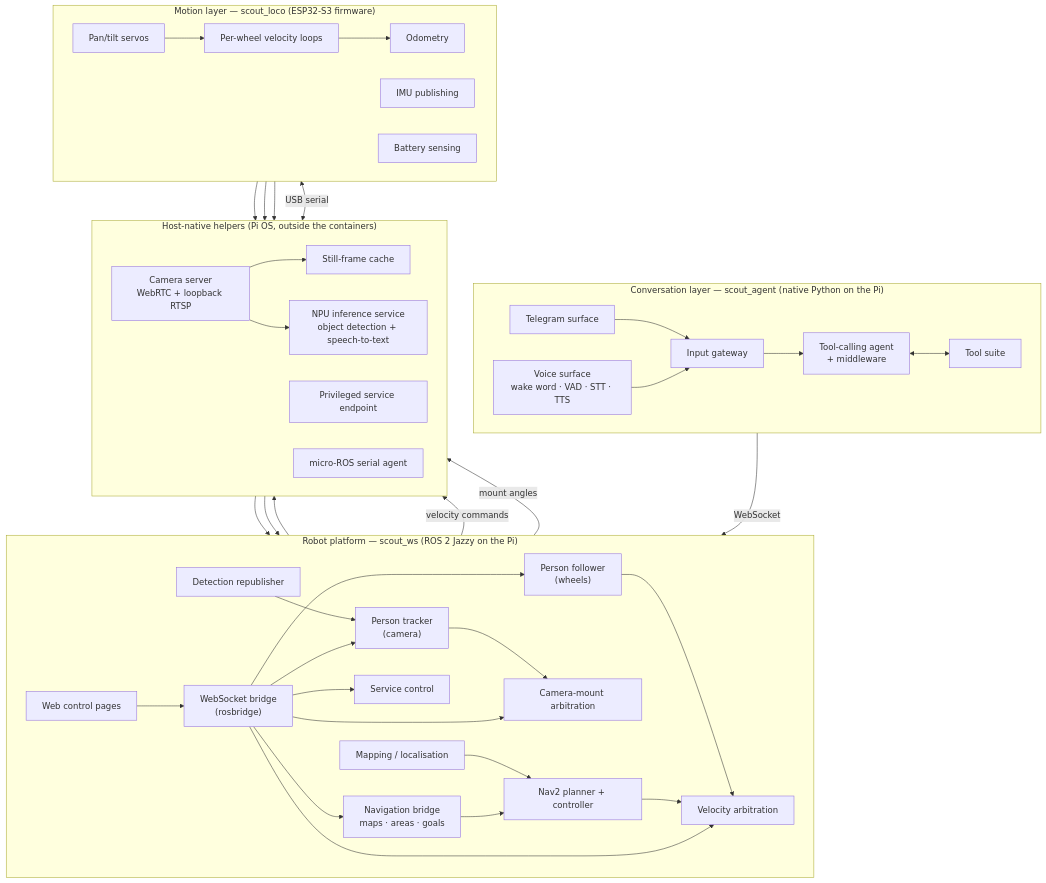
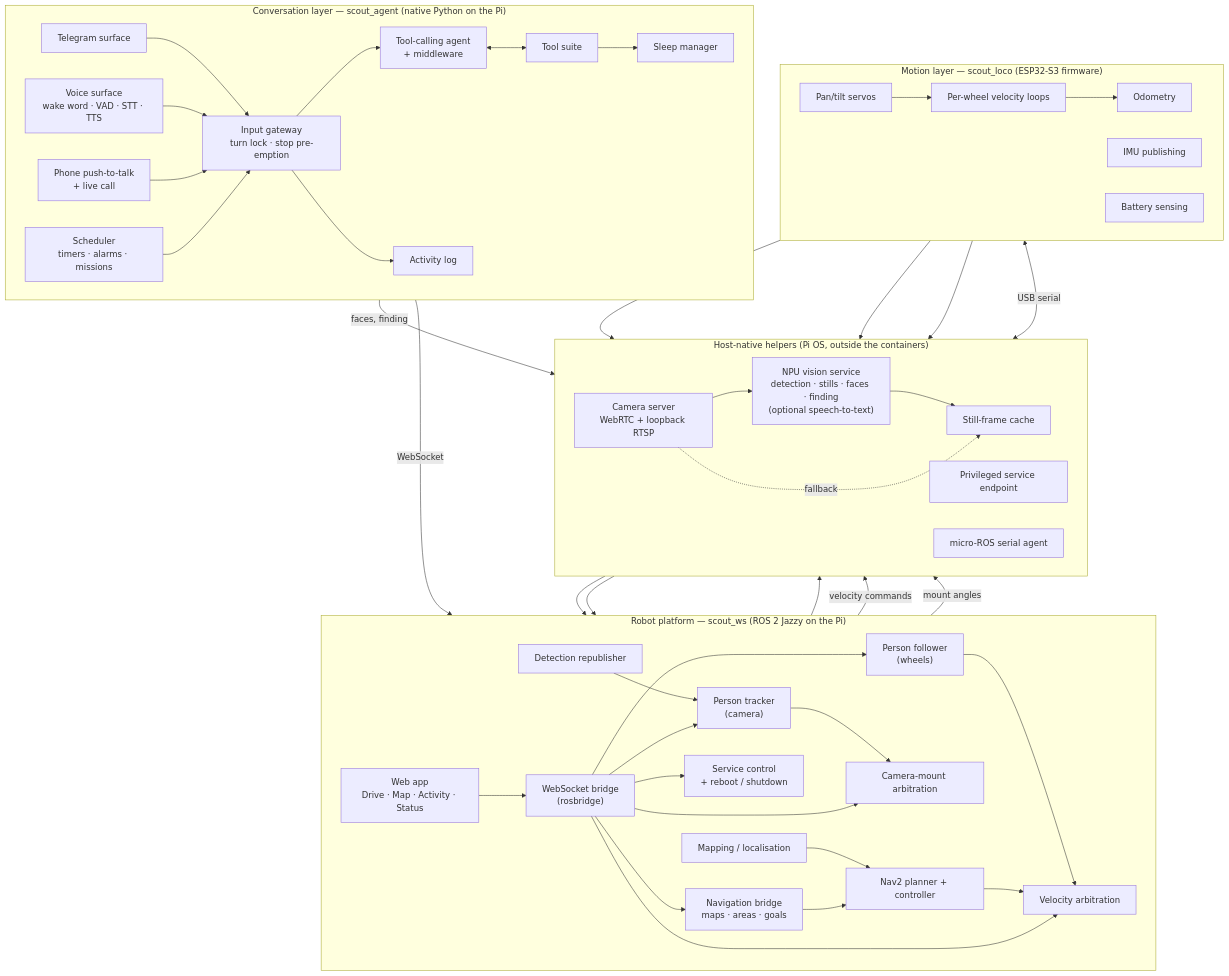
The first of 2 diagrams in docs/01-architecture.md (Xmindz/scout_docs), drawn with Mermaid before and after one commit. The commit also changed other lines of this file and 16 other files, not shown here.

```diff
--- a/docs/01-architecture.md
+++ b/docs/01-architecture.md
@@ -18,13 +18,21 @@
         direction LR
         TGB["Telegram surface"]
         VOICE["Voice surface\nwake word · VAD · STT · TTS"]
-        GATE["Input gateway"]
+        WEBV["Phone push-to-talk\n+ live call"]
+        SCHED["Scheduler\ntimers · alarms · missions"]
+        GATE["Input gateway\nturn lock · stop pre-emption"]
         AGENT["Tool-calling agent\n+ middleware"]
         TOOLS["Tool suite"]
+        SLEEPM["Sleep manager"]
+        ACT["Activity log"]
         TGB --> GATE
         VOICE --> GATE
+        WEBV --> GATE
+        SCHED --> GATE
         GATE --> AGENT
+        GATE --> ACT
         AGENT <--> TOOLS
+        TOOLS --> SLEEPM
     end
 
     subgraph L2["Robot platform — scout_ws (ROS 2 Jazzy on the Pi)"]
@@ -38,15 +46,15 @@
         FOLLOW["Person follower\n(wheels)"]
         PT["Camera-mount arbitration"]
         DET["Detection republisher"]
-        SVC["Service control"]
-        WEB["Web control pages"]
+        SVC["Service control\n+ reboot / shutdown"]
+        WEB["Web app\nDrive · Map · Activity · Status"]
     end
 
     subgraph L2H["Host-native helpers (Pi OS, outside the containers)"]
         direction LR
         MTX["Camera server\nWebRTC + loopback RTSP"]
         SNAP["Still-frame cache"]
-        NPU["NPU inference service\nobject detection + speech-to-text"]
+        NPU["NPU vision service\ndetection · stills · faces · finding\n(optional speech-to-text)"]
         SCTL["Privileged service endpoint"]
         UROS["micro-ROS serial agent"]
     end
@@ -74,9 +82,11 @@
     TRACK --> PT
     DET --> TRACK
     NPU --> DET
-    MTX --> SNAP
+    NPU --> SNAP
+    MTX -. fallback .-> SNAP
     MTX --> NPU
     SNAP --> RB
+    TOOLS -->|faces, finding| NPU
     SVC --> SCTL
     WEB --> RB
     MUXV -->|velocity commands| UROS
```
